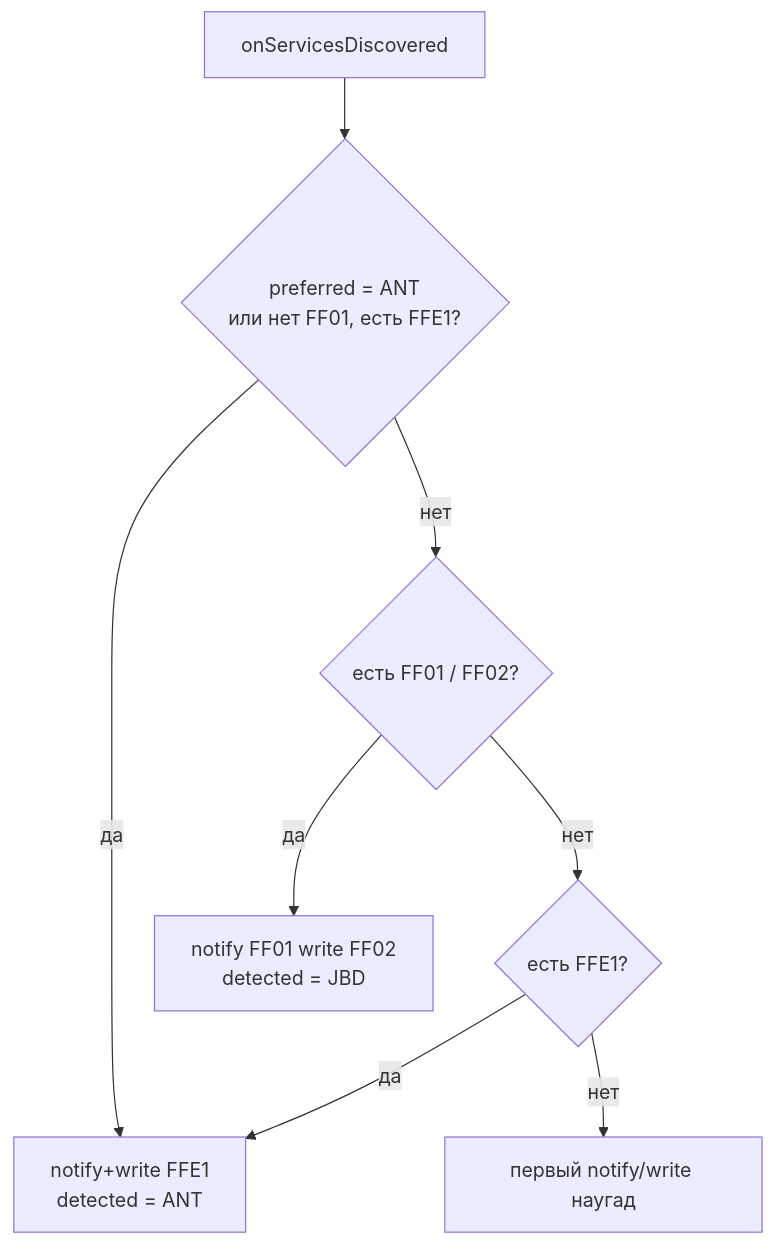
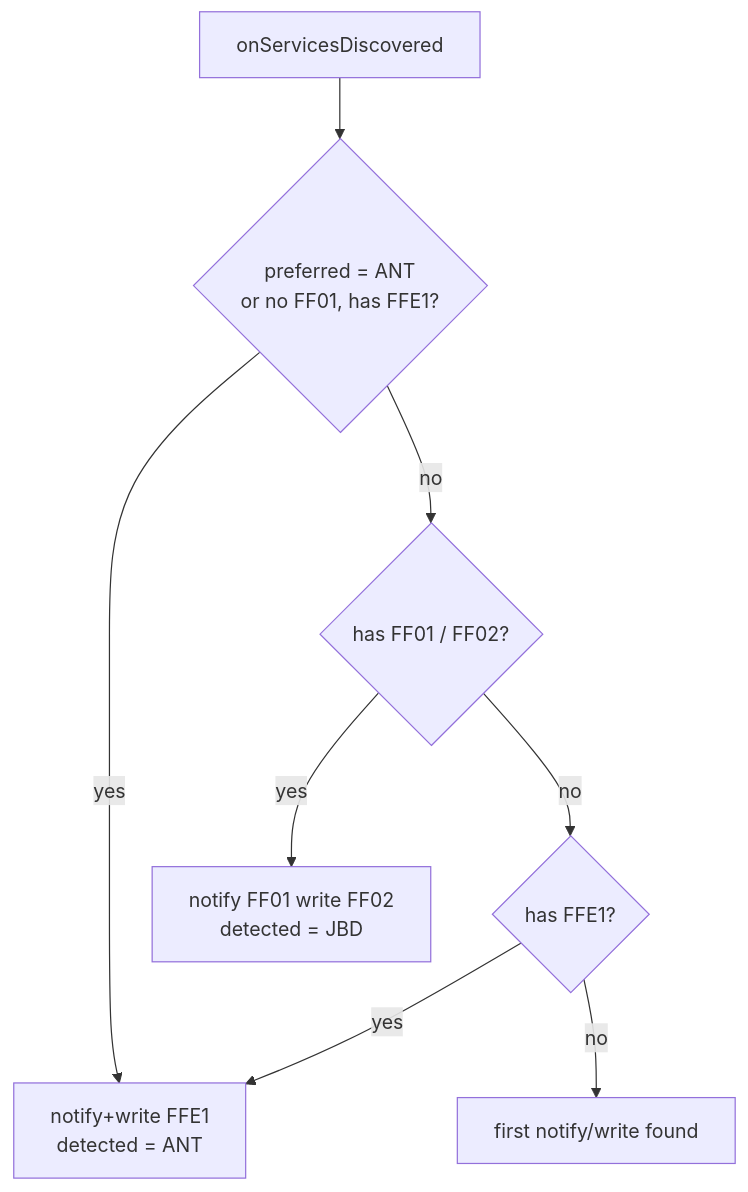
One commit to livello/OsmAnd changed the sixth of 9 diagrams in BMS_DATA_ABOUT.md. Above: the diagram before and after it, drawn with Mermaid. The commit also changed other lines of this file and 2 other files, not shown here.

````diff
--- a/BMS_DATA_ABOUT.md
+++ b/BMS_DATA_ABOUT.md
@@ -318,10 +318,10 @@
 ```mermaid
 flowchart TD
-    A[onServicesDiscovered] --> B{preferred = ANT<br/>или нет FF01, есть FFE1?}
-    B -->|да| ANT[notify+write FFE1<br/>detected = ANT]
-    B -->|нет| C{есть FF01 / FF02?}
-    C -->|да| JBD[notify FF01 write FF02<br/>detected = JBD]
-    C -->|нет| D{есть FFE1?}
-    D -->|да| ANT
-    D -->|нет| F[первый notify/write наугад]
+    A[onServicesDiscovered] --> B{preferred = ANT<br/>or no FF01, has FFE1?}
+    B -->|yes| ANT[notify+write FFE1<br/>detected = ANT]
+    B -->|no| C{has FF01 / FF02?}
+    C -->|yes| JBD[notify FF01 write FF02<br/>detected = JBD]
+    C -->|no| D{has FFE1?}
+    D -->|yes| ANT
+    D -->|no| F[first notify/write found]
 ```
````
